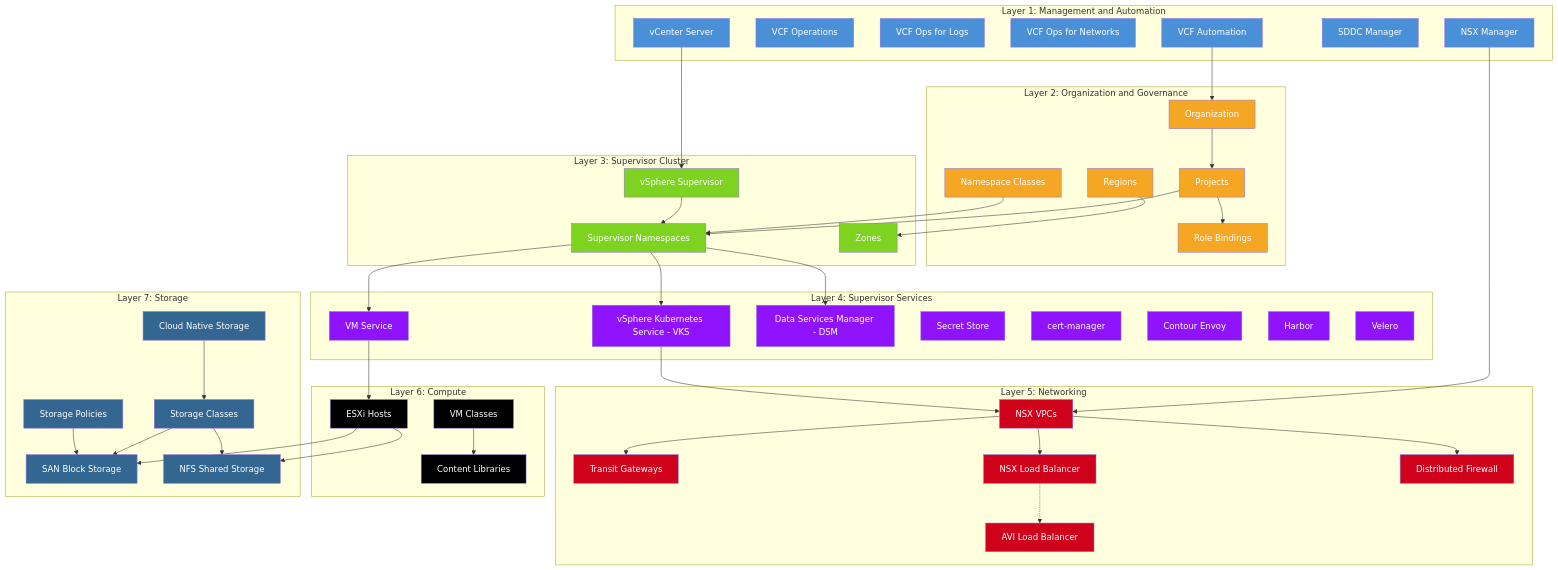
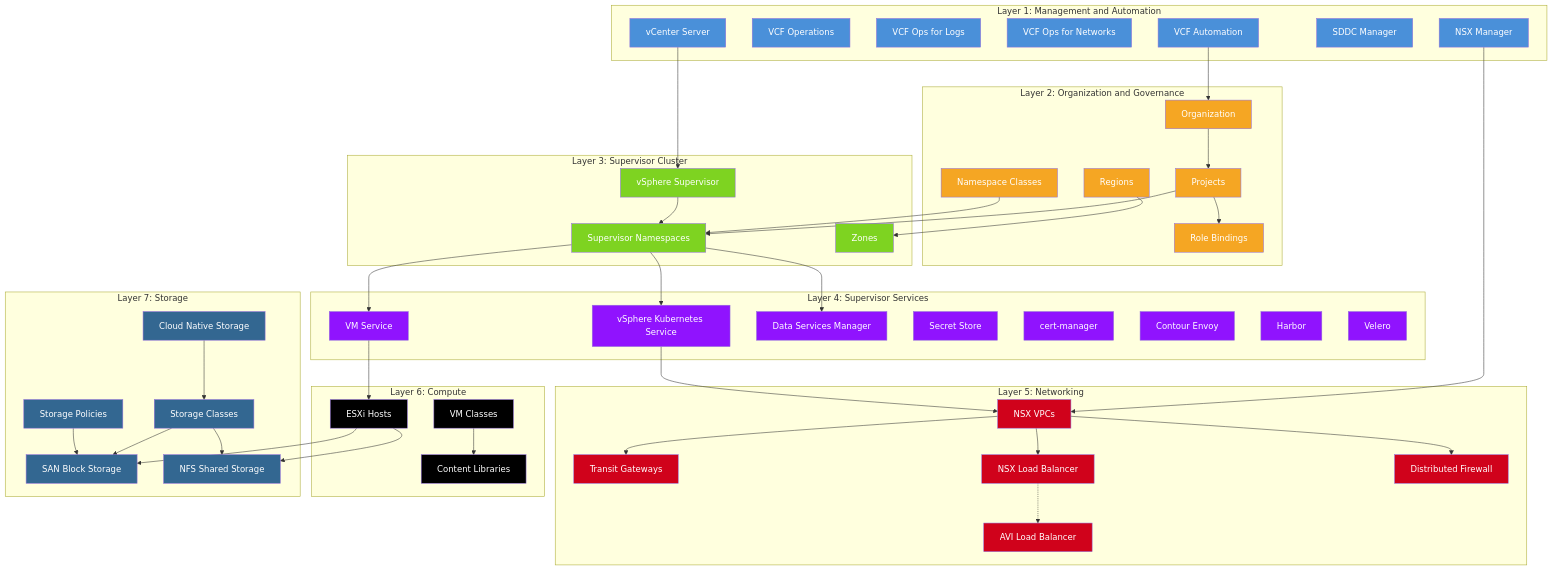
One commit to scafeman/vcf9-iac-onboarding changed the diagram in docs/architecture/vcf9-platform-diagram.md. Above: the diagram before and after it, drawn with Mermaid.

Commit message:
docs: remove abbreviations from VKS and DSM for consistent box height

```diff
--- a/docs/architecture/vcf9-platform-diagram.md
+++ b/docs/architecture/vcf9-platform-diagram.md
@@ -36,8 +36,8 @@
 
     subgraph "Layer 4: Supervisor Services"
         VMSVC["VM Service"]
-        VKS["vSphere Kubernetes Service - VKS"]
-        DSM["Data Services Manager - DSM"]
+        VKS["vSphere Kubernetes Service"]
+        DSM["Data Services Manager"]
         SSS["Secret Store"]
         CERT["cert-manager"]
         CONTOUR["Contour Envoy"]
```
